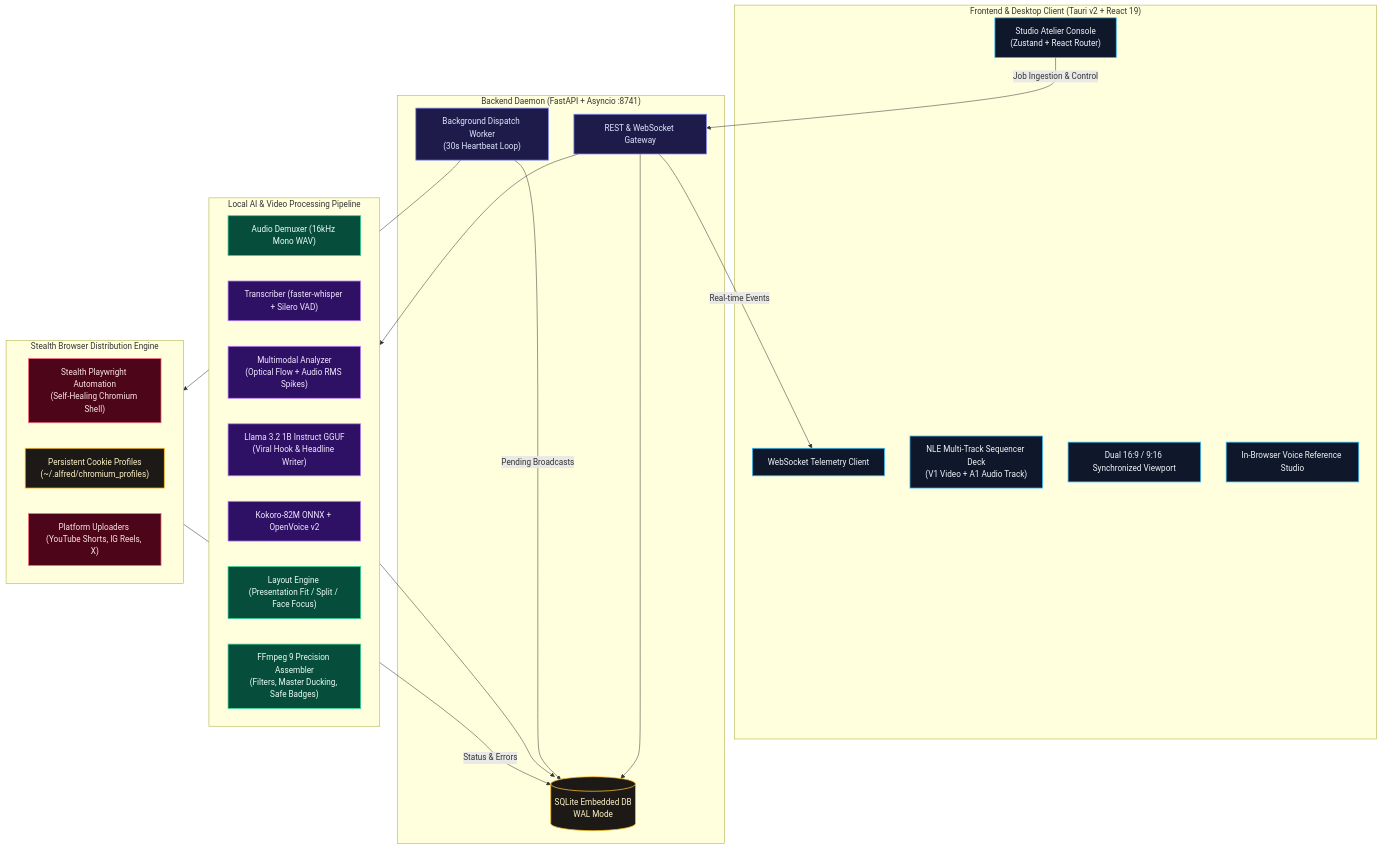
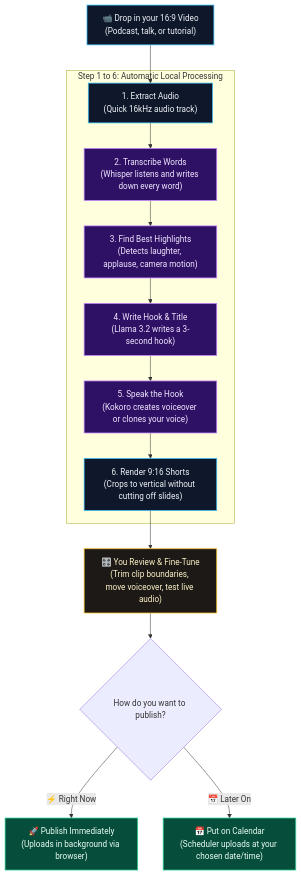
One commit to DivyamJoshi2005/Alfred changed the first of 6 diagrams in README.md. Above: the diagram before and after it, drawn with Mermaid. The commit also changed other lines of this file and 1 other file, not shown here.

Commit message:
docs: rewrite READMEs in human-friendly, plain English with clear intuitive flowcharts

````diff
--- a/README.md
+++ b/README.md
@@ -73,48 +51,26 @@
 ```mermaid
 flowchart TD
-    classDef client fill:#0f172a,stroke:#38bdf8,stroke-width:1.5px,color:#f1f5f9;
-    classDef server fill:#1e1b4b,stroke:#818cf8,stroke-width:1.5px,color:#e0e7ff;
+    classDef step fill:#0f172a,stroke:#38bdf8,stroke-width:1.5px,color:#f1f5f9;
     classDef ai fill:#2e1065,stroke:#c084fc,stroke-width:1.5px,color:#f3e8ff;
-    classDef media fill:#064e3b,stroke:#34d399,stroke-width:1.5px,color:#ecfdf5;
-    classDef storage fill:#1c1917,stroke:#fbbf24,stroke-width:1.5px,color:#fef3c7;
-    classDef social fill:#4c0519,stroke:#fb7185,stroke-width:1.5px,color:#ffe4e6;
+    classDef editor fill:#1c1917,stroke:#fbbf24,stroke-width:1.5px,color:#fef3c7;
+    classDef publish fill:#064e3b,stroke:#34d399,stroke-width:1.5px,color:#ecfdf5;
 
-    subgraph Client ["Frontend & Desktop Client (Tauri v2 + React 19)"]
-        UI["Studio Atelier Console\n(Zustand + React Router)"]:::client
-        WSClient["WebSocket Telemetry Client"]:::client
-        Sequencer["NLE Multi-Track Sequencer Deck\n(V1 Video + A1 Audio Track)"]:::client
-        Player["Dual 16:9 / 9:16 Synchronized Viewport"]:::client
-        Recorder["In-Browser Voice Reference Studio"]:::client
+    Video["📹 Drop in your 16:9 Video\n(Podcast, talk, or tutorial)"]:::step --> S1
+
+    subgraph Pipeline ["Step 1 to 6: Automatic Local Processing"]
+        S1["1. Extract Audio\n(Quick 16kHz audio track)"]:::step
+        S2["2. Transcribe Words\n(Whisper listens and writes down every word)"]:::ai
+        S3["3. Find Best Highlights\n(Detects laughter, applause, camera motion)"]:::ai
+        S4["4. Write Hook & Title\n(Llama 3.2 writes a 3-second hook)"]:::ai
+        S5["5. Speak the Hook\n(Kokoro creates voiceover or clones your voice)"]:::ai
+        S6["6. Render 9:16 Shorts\n(Crops to vertical without cutting off slides)"]:::step
+        S1 --> S2 --> S3 --> S4 --> S5 --> S6
     end
 
-    subgraph Server ["Backend Daemon (FastAPI + Asyncio :8741)"]
-        API["REST & WebSocket Gateway"]:::server
-        DB[("SQLite Embedded DB\nWAL Mode")]:::storage
-        Scheduler["Background Dispatch Worker\n(30s Heartbeat Loop)"]:::server
-    end
+    S6 --> Review["🎛️ You Review & Fine-Tune\n(Trim clip boundaries, move voiceover, test live audio)"]:::editor
 
-    subgraph Pipeline ["Local AI & Video Processing Pipeline"]
-        Demux["Audio Demuxer (16kHz Mono WAV)"]:::media
-        Whisper["Transcriber (faster-whisper + Silero VAD)"]:::ai
-        Analyzer["Multimodal Analyzer\n(Optical Flow + Audio RMS Spikes)"]:::ai
-        Llama["Llama 3.2 1B Instruct GGUF\n(Viral Hook & Headline Writer)"]:::ai
-        TTS["Kokoro-82M ONNX + OpenVoice v2"]:::ai
-        SmartCrop["Layout Engine (Presentation Fit / Split / Face Focus)"]:::media
-        Assembler["FFmpeg 9 Precision Assembler\n(Filters, Master Ducking, Safe Badges)"]:::media
-    end
+    Review --> Choice{"How do you want to publish?"}
 
-    subgraph Distribution ["Stealth Browser Distribution Engine"]
-        Playwright["Stealth Playwright Automation\n(Self-Healing Chromium Shell)"]:::social
-        Sessions["Persistent Cookie Profiles\n(~/.alfred/chromium_profiles)"]:::storage
-        Uploader["Platform Uploaders (YouTube Shorts, IG Reels, X)"]:::social
-    end
-
-    UI -->|Job Ingestion & Control| API
-    API -->|Real-time Events| WSClient
-    API --> DB
-    API --> Pipeline
-    Pipeline --> DB
-    Scheduler -->|Pending Broadcasts| DB
-    Scheduler --> Distribution
-    Distribution -->|Status & Errors| DB
+    Choice -->|⚡ Right Now| PubNow["🚀 Publish Immediately\n(Uploads in background via browser)"]:::publish
+    Choice -->|📅 Later On| PubLater["📅 Put on Calendar\n(Scheduler uploads at your chosen date/time)"]:::publish
 ```
````
